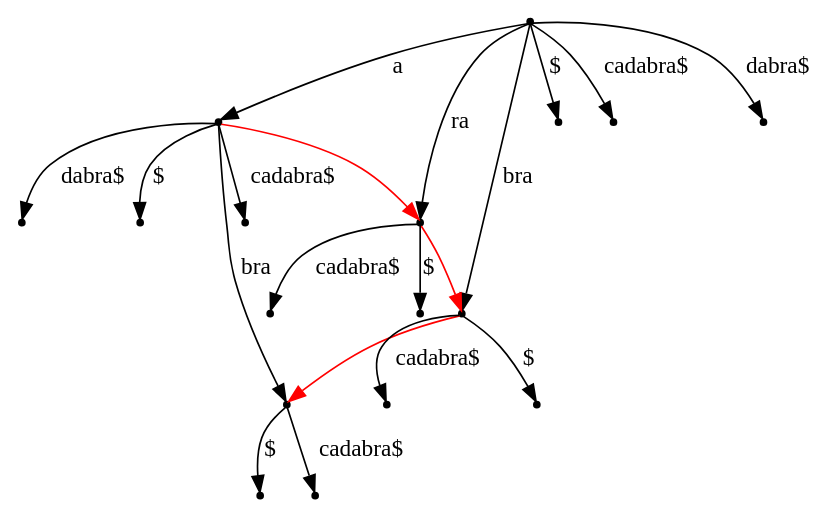
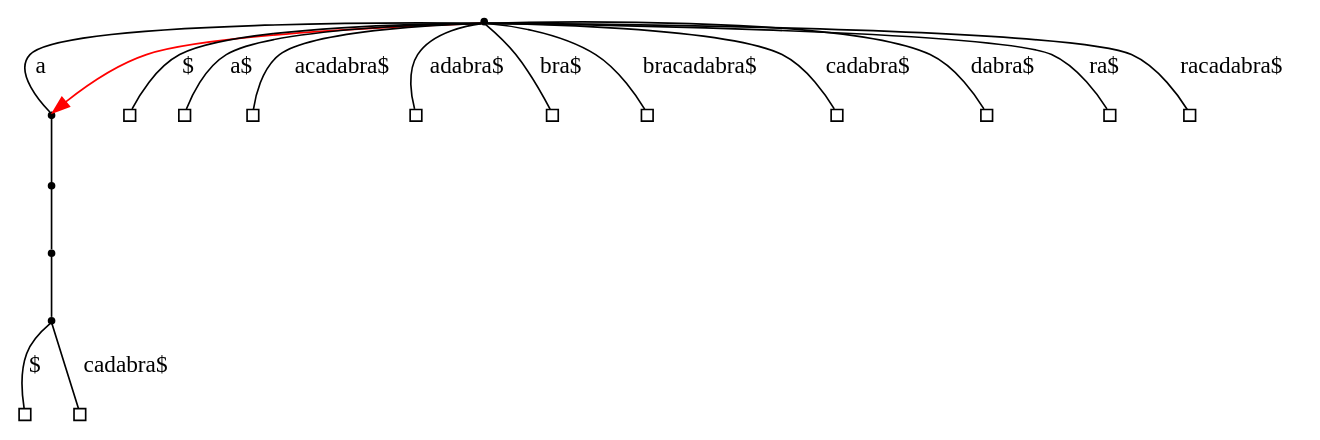
Before and after one commit to Sobih/BW4SA: the diagram in src/draw_trees/suffix_tree.gv, drawn with Graphviz. The commit also changed 5 other files, not shown here.

```diff
--- a/src/draw_trees/suffix_tree.gv
+++ b/src/draw_trees/suffix_tree.gv
@@ -1,28 +1,27 @@
 //This is a suffix tree generated by Glfbabot-BWT library
 digraph suffixtree{
-	edge [arrowhead="normal", color="black"];
+	edge [arrowhead="none", color="black"];
 	node [label="", shape="point"];
 	//arcs leading to the internal nodes of the suffix tree:
-	node0->node1 	[label="a"];
-	node0->node2 	[label="ra"];
-	node0->node3 	[label="bra"];
-	node1->node4 	[label="bra"];
+	node0->node1 	[label="a "];
+	node1->node2 	[label=""];
+	node2->node3 	[label=""];
+	node3->node4 	[label=""];
 	//arcs leading to the leaves of the suffix tree:
+	node [label="", shape="square", width=0.1];
 	node4->leafnode2 [label="$"];
 	node4->leafnode3 [label="cadabra$"];
-	node3->leafnode6 [label="$"];
-	node3->leafnode7 [label="cadabra$"];
-	node2->leafnode10 [label="$"];
-	node2->leafnode11 [label="cadabra$"];
-	node1->leafnode1 [label="$"];
-	node1->leafnode4 [label="cadabra$"];
-	node1->leafnode5 [label="dabra$"];
 	node0->leafnode0 [label="$"];
+	node0->leafnode1 [label="a$"];
+	node0->leafnode4 [label="acadabra$"];
+	node0->leafnode5 [label="adabra$"];
+	node0->leafnode6 [label="bra$"];
+	node0->leafnode7 [label="bracadabra$"];
 	node0->leafnode8 [label="cadabra$"];
 	node0->leafnode9 [label="dabra$"];
+	node0->leafnode10 [label="ra$"];
+	node0->leafnode11 [label="racadabra$"];
 	//Weiner links:
 	edge [color="red", arrowhead="normal"];
-	node1->node2;
-	node2->node3;
-	node3->node4;
+	node0->node1;
 }
```
